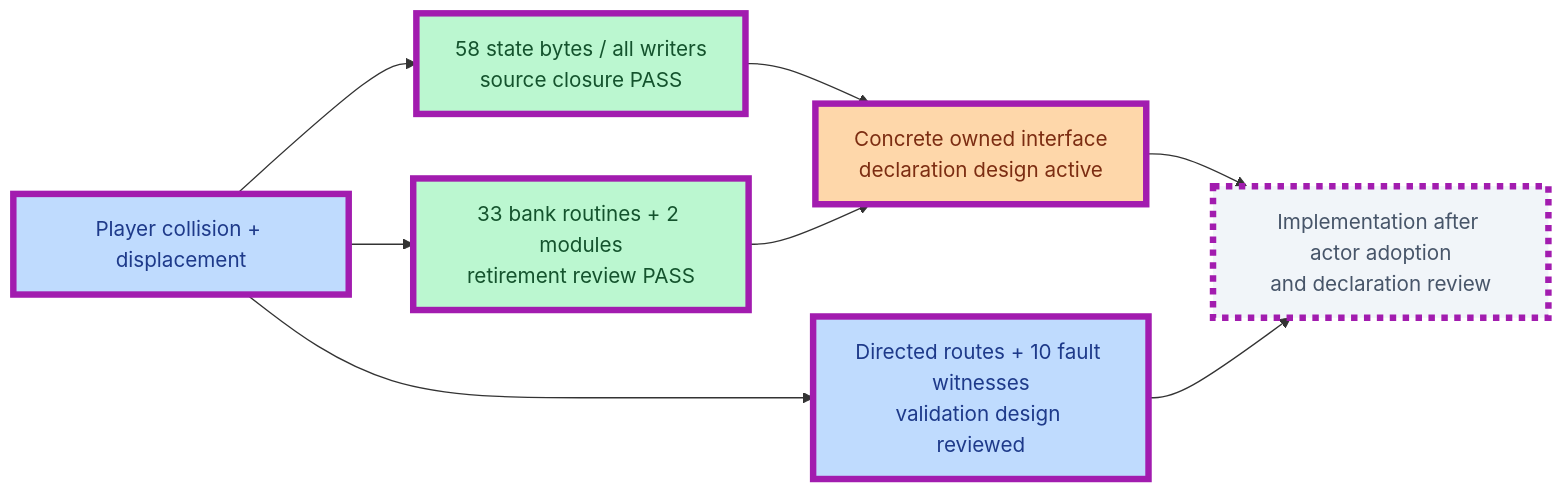
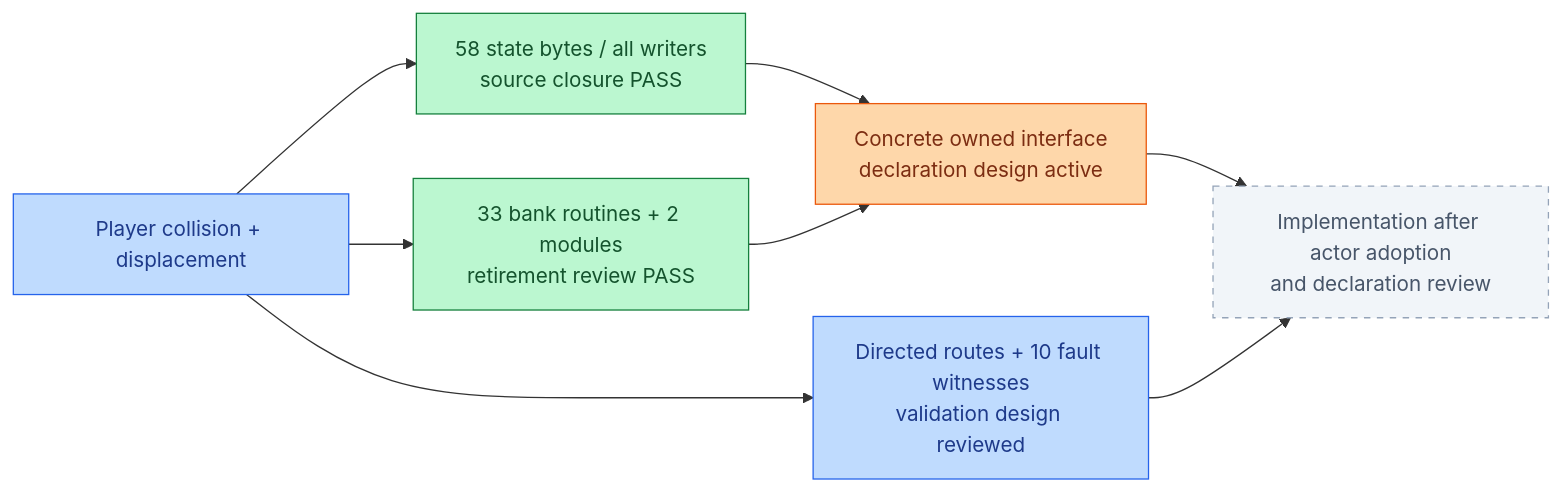
One commit to JimLundin/sm-decomp changed the third of 22 diagrams in PROGRESS.md. Above: the diagram before and after it, drawn with Mermaid. The commit also changed other lines of this file and 1 other file, not shown here.

````diff
--- a/PROGRESS.md
+++ b/PROGRESS.md
@@ -120,16 +123,15 @@
 ```mermaid
 flowchart LR
     PC["Player collision + displacement"]:::draft --> PS["58 state bytes / all writers<br/>source closure PASS"]:::done
     PC --> PR["33 bank routines + 2 modules<br/>retirement review PASS"]:::done
     PC --> PV["Directed routes + 10 fault witnesses<br/>validation design reviewed"]:::draft
     PS --> PD["Concrete owned interface<br/>declaration design active"]:::active
     PR --> PD
     PD --> PI["Implementation after actor adoption<br/>and declaration review"]:::pending
     PV --> PI
-    class PC,PS,PR,PV,PD,PI changed
     classDef done fill:#bbf7d0,stroke:#15803d,color:#14532d
     classDef draft fill:#bfdbfe,stroke:#2563eb,color:#1e3a8a
     classDef active fill:#fed7aa,stroke:#ea580c,color:#7c2d12
     classDef pending fill:#f1f5f9,stroke:#94a3b8,color:#475569,stroke-dasharray:5 5
     classDef changed stroke:#a21caf,stroke-width:5px
 ```
````
